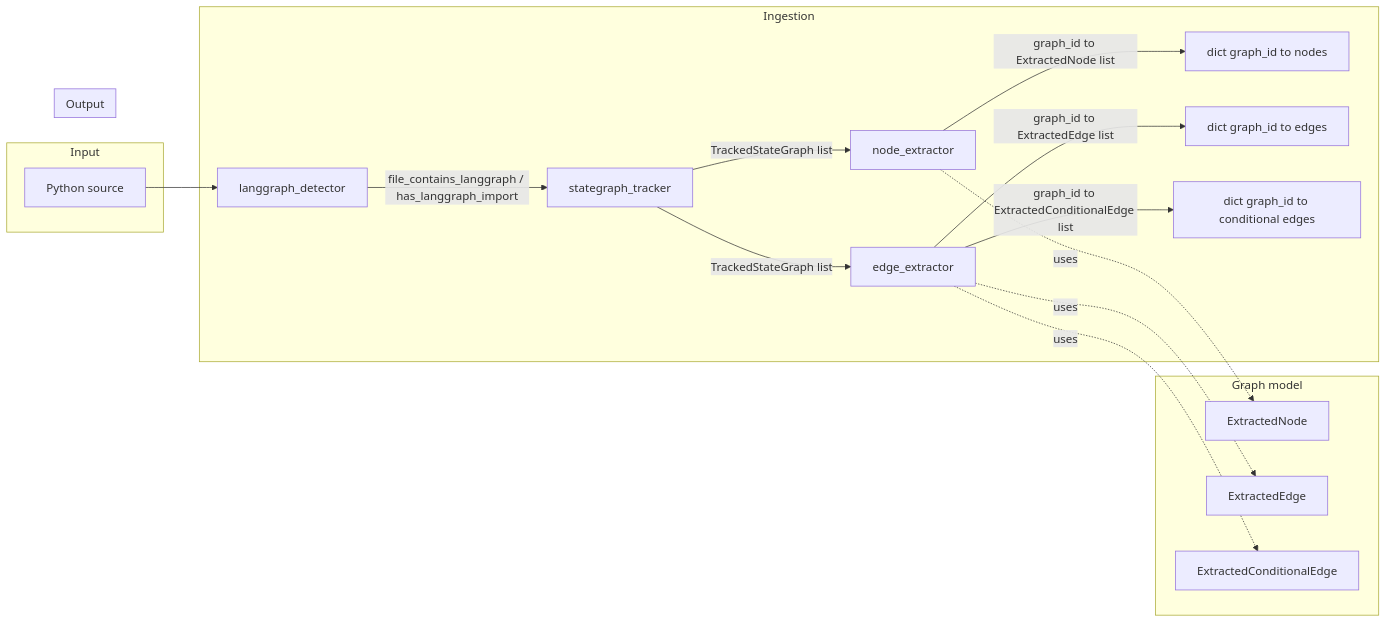
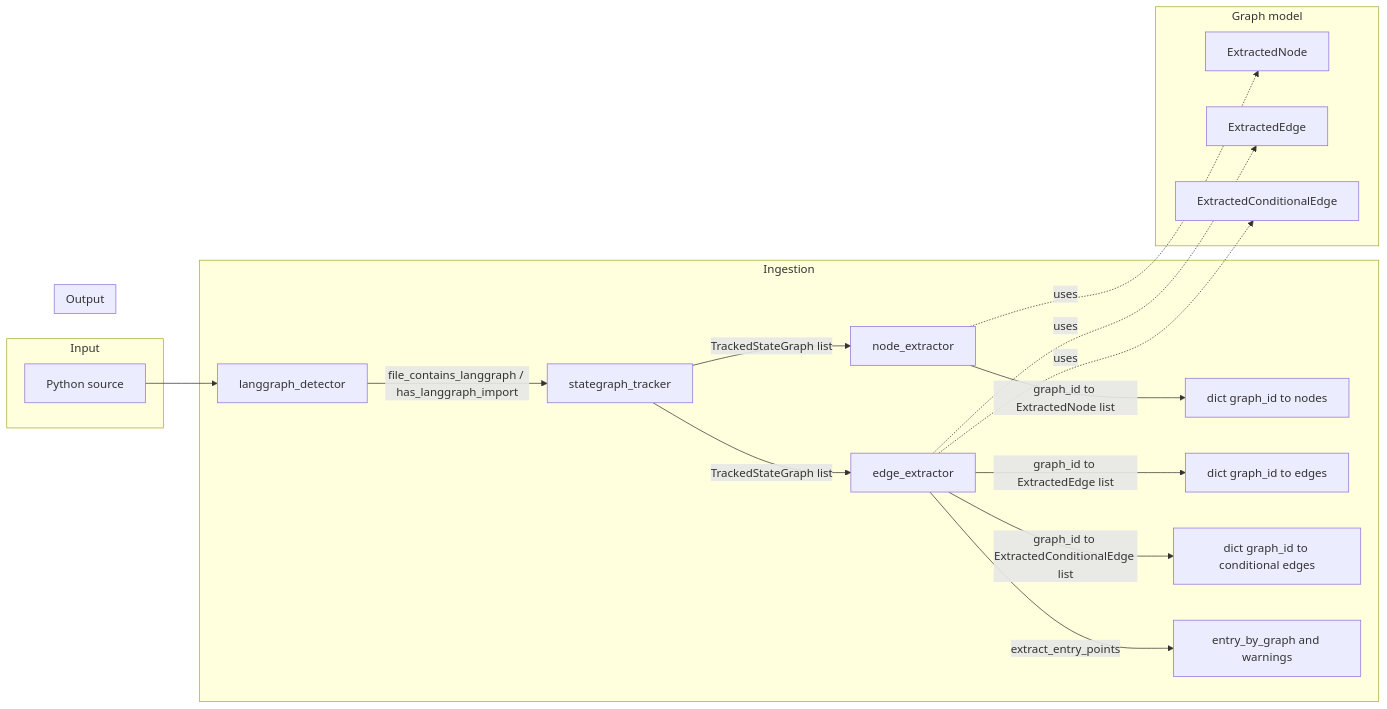
One commit to xZiro-Lab/Noctyl changed the first of 6 diagrams in docs/flow-diagrams.md. Above: the diagram before and after it, drawn with Mermaid. The commit also changed other lines of this file and 4 other files, not shown here.

````diff
--- a/docs/flow-diagrams.md
+++ b/docs/flow-diagrams.md
@@ -13,32 +13,34 @@
 ```mermaid
 flowchart LR
   subgraph input [Input]
     Source[Python source]
   end
   subgraph ingestion [Ingestion]
     Detector[langgraph_detector]
     Tracker[stategraph_tracker]
     NodeExt[node_extractor]
     EdgeExt[edge_extractor]
     Source --> Detector
     Detector -->|file_contains_langgraph / has_langgraph_import| Tracker
     Tracker -->|TrackedStateGraph list| NodeExt
     Tracker -->|TrackedStateGraph list| EdgeExt
     NodeExt -->|graph_id to ExtractedNode list| OutNodes
     EdgeExt -->|graph_id to ExtractedEdge list| OutEdges
     EdgeExt -->|graph_id to ExtractedConditionalEdge list| OutCondEdges
+    EdgeExt -->|extract_entry_points| EntryOut[entry_by_graph + warnings]
   end
   subgraph graph [Graph model]
     EN[ExtractedNode]
     EE[ExtractedEdge]
     CEE[ExtractedConditionalEdge]
   end
   NodeExt -.->|uses| EN
   EdgeExt -.->|uses| EE
   EdgeExt -.->|uses| CEE
   subgraph output [Output]
     OutNodes[dict graph_id to nodes]
     OutEdges[dict graph_id to edges]
     OutCondEdges[dict graph_id to conditional edges]
+    EntryOut[entry_by_graph and warnings]
   end
 ```
````
